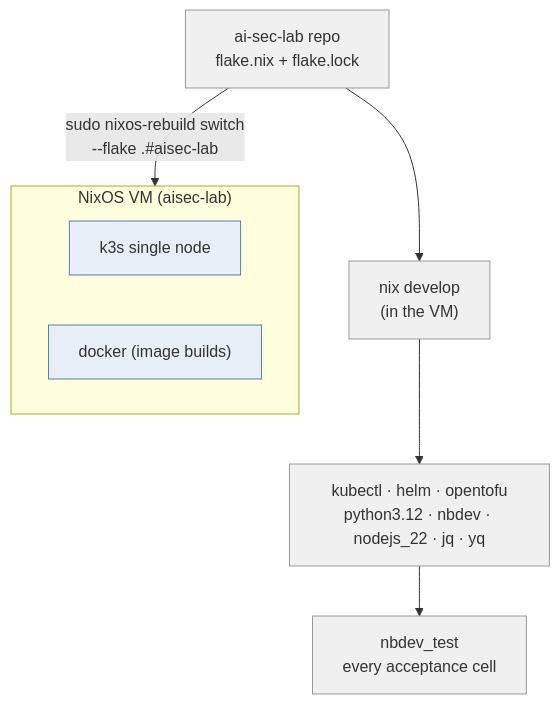
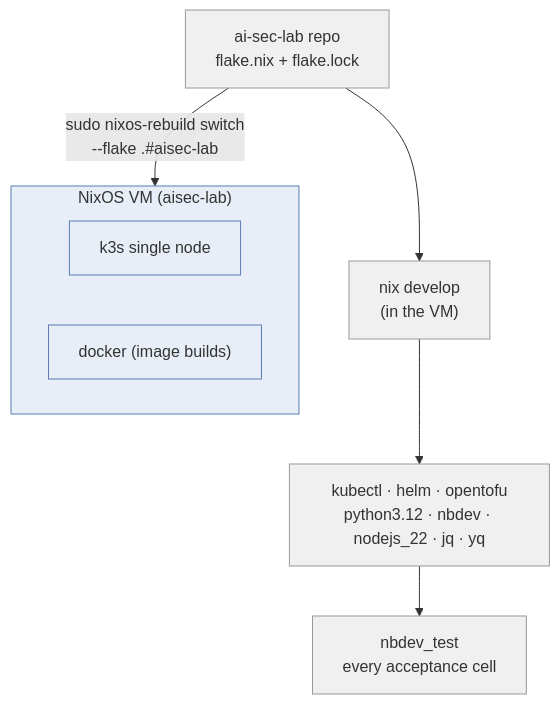
One commit to shsingh/ai-sec-lab changed the diagram in assets/mmd/toolchain-paths.mmd. Above: the diagram before and after it, drawn with Mermaid. The commit also changed 17 other files, not shown here.

First line of the commit message:
docs+assets: figure labels M1-M7 -> 01-07 in reading order; unified transparent figure theme

```diff
--- a/assets/mmd/toolchain-paths.mmd
+++ b/assets/mmd/toolchain-paths.mmd
@@ -1,15 +1,17 @@
-%% M5 — toolchain-paths: the flake pins everything; one path on NixOS
+%% Figure 05 — toolchain-paths: the flake pins everything; one path on NixOS
 flowchart TB
     REPO["ai-sec-lab repo<br/>flake.nix + flake.lock"] --> DEV["nix develop<br/>(in the VM)"]
     DEV --> TOOLS["kubectl · helm · opentofu<br/>python3.12 · nbdev · nodejs_22 · jq · yq"]
     TOOLS --> TEST["nbdev_test<br/>every acceptance cell"]
     subgraph VM["NixOS VM (aisec-lab)"]
         K3S["k3s single node"]
         DOCKER["docker (image builds)"]
     end
     REPO -->|"sudo nixos-rebuild switch<br/>--flake .#aisec-lab"| VM
 
     classDef repo fill:#f0f0f0,stroke:#999
     classDef vm fill:#e8eef7,stroke:#5b7db1
     class REPO,DEV,TOOLS,TEST repo
     class K3S,DOCKER vm
+    classDef plain fill:#e8eef7,stroke:#5b7db1,color:#333
+    class DOCKER,VM plain
```
